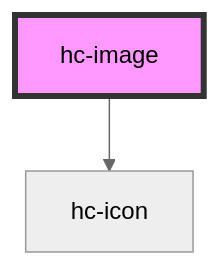
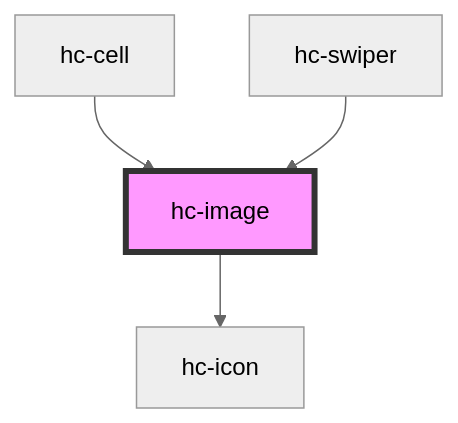
One commit to swimly/mui changed the diagram in src/components/image/readme.md. Above: the diagram before and after it, drawn with Mermaid (neutral theme). The commit also changed other lines of this file and 51 other files, not shown here.

````diff
--- a/src/components/image/readme.md
+++ b/src/components/image/readme.md
@@ -27,5 +32,7 @@
 ```mermaid
 graph TD;
   hc-image --> hc-icon
+  hc-cell --> hc-image
+  hc-swiper --> hc-image
   style hc-image fill:#f9f,stroke:#333,stroke-width:4px
 ```
````
